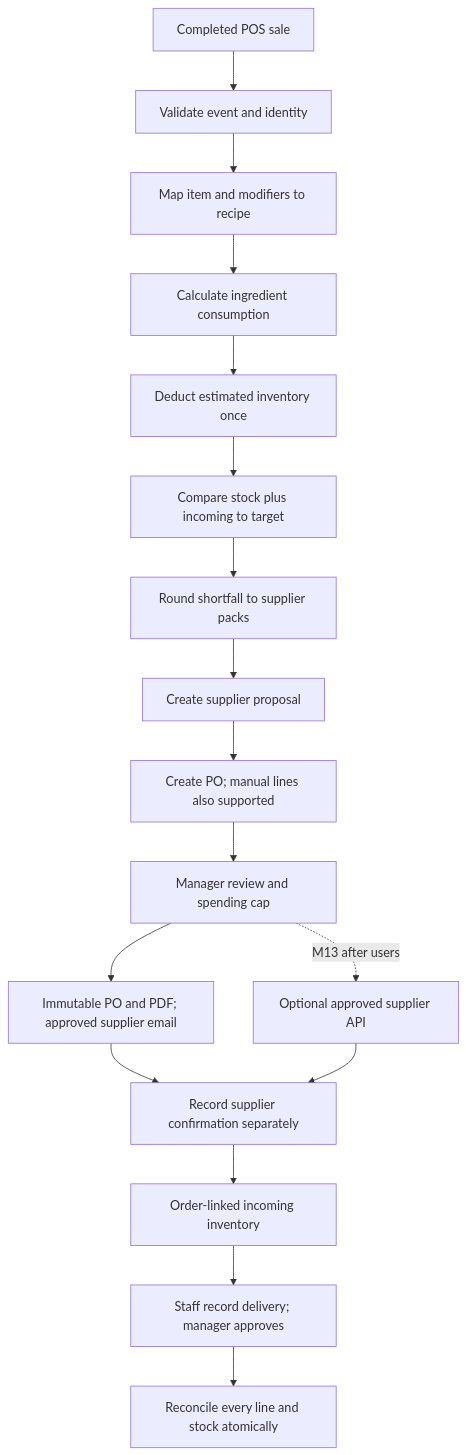
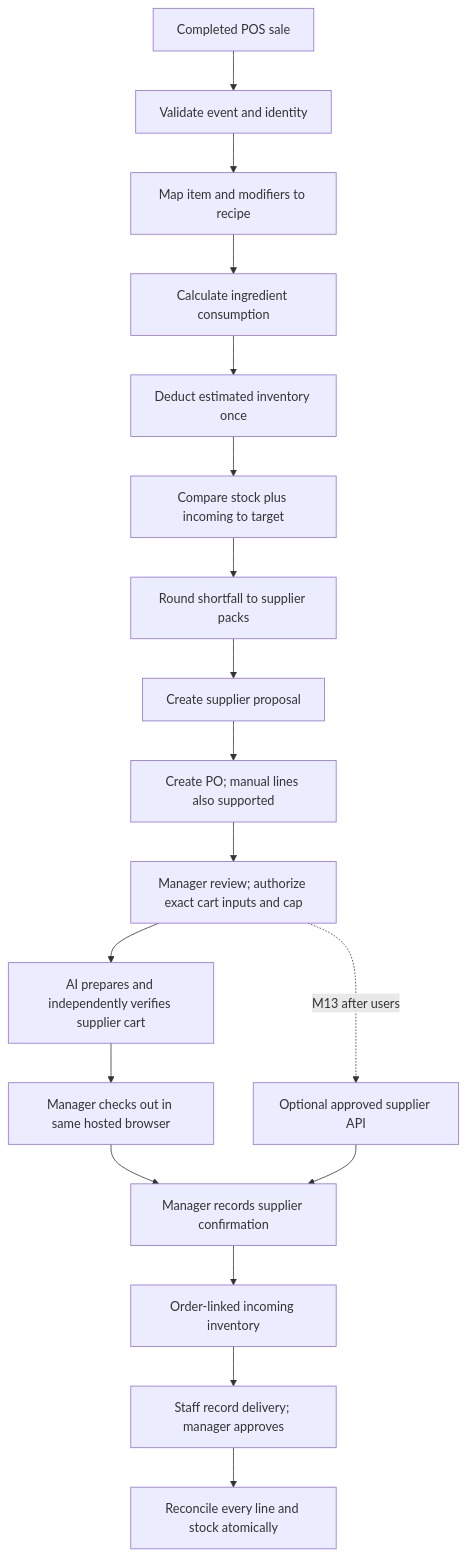
The diagram in docs/PANTRACK_MILESTONES.md (magkaniotisleonidas28-star/Pantrack), drawn with Mermaid before and after one commit. The commit also changed other lines of this file and 152 other files, not shown here.

````diff
--- a/docs/PANTRACK_MILESTONES.md
+++ b/docs/PANTRACK_MILESTONES.md
@@ -84,19 +84,20 @@
 ```mermaid
 flowchart TD
     A[Completed POS sale] --> B[Validate event and identity]
     B --> C[Map item and modifiers to recipe]
     C --> D[Calculate ingredient consumption]
     D --> E[Deduct estimated inventory once]
     E --> F[Compare stock plus incoming to target]
     F --> G[Round shortfall to supplier packs]
     G --> H[Create supplier proposal]
     H --> I[Create PO; manual lines also supported]
-    I --> J[Manager review and spending cap]
-    J --> K[Immutable PO and PDF; approved supplier email]
-    K --> L[Record supplier confirmation separately]
+    I --> J[Manager review; authorize exact cart inputs and cap]
+    J --> K[AI prepares and independently verifies supplier cart]
+    K --> Q[Manager checks out in same hosted browser]
+    Q --> L[Manager records supplier confirmation]
     L --> M[Order-linked incoming inventory]
     M --> N[Staff record delivery; manager approves]
     N --> O[Reconcile every line and stock atomically]
     J -. M13 after users .-> P[Optional approved supplier API]
     P --> L
 ```
````
